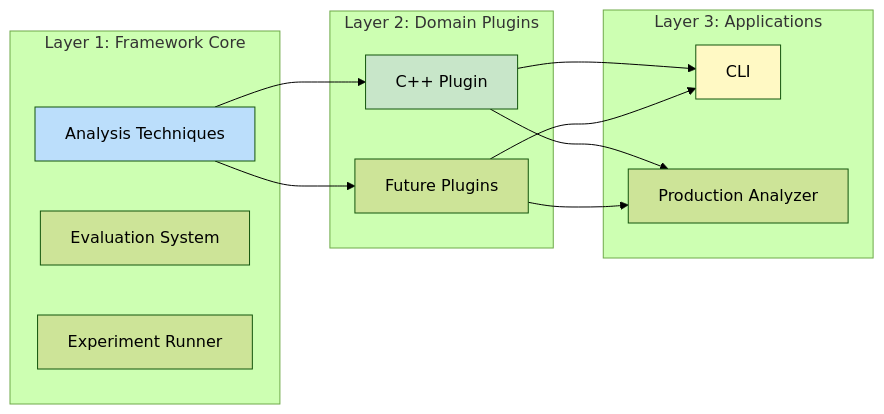
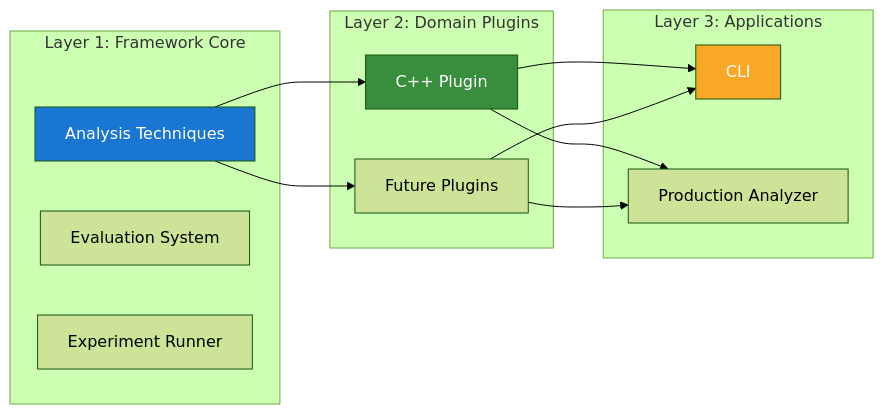
Before and after one commit to ApeachM/llm-code-reviewer: the second of 9 diagrams in docs/architecture/overview.md, drawn with Mermaid (forest theme). The commit also changed other lines of this file and 2 other files, not shown here.

First line of the commit message:
docs: Update Mermaid diagram colors for improved dark theme readability

````diff
--- a/docs/architecture/overview.md
+++ b/docs/architecture/overview.md
@@ -96,29 +96,29 @@
 ```mermaid
 graph LR
     subgraph "Layer 1: Framework Core"
         A[Analysis Techniques]
         B[Evaluation System]
         C[Experiment Runner]
     end
 
     subgraph "Layer 2: Domain Plugins"
         D[C++ Plugin]
         E[Future Plugins]
     end
 
     subgraph "Layer 3: Applications"
         F[CLI]
         G[Production Analyzer]
     end
 
     A --> D
     A --> E
     D --> F
     D --> G
     E --> F
     E --> G
 
-    style A fill:#bbdefb
-    style D fill:#c8e6c9
-    style F fill:#fff9c4
+    style A fill:#1976d2,color:#fff
+    style D fill:#388e3c,color:#fff
+    style F fill:#f9a825,color:#fff
 ```
````
